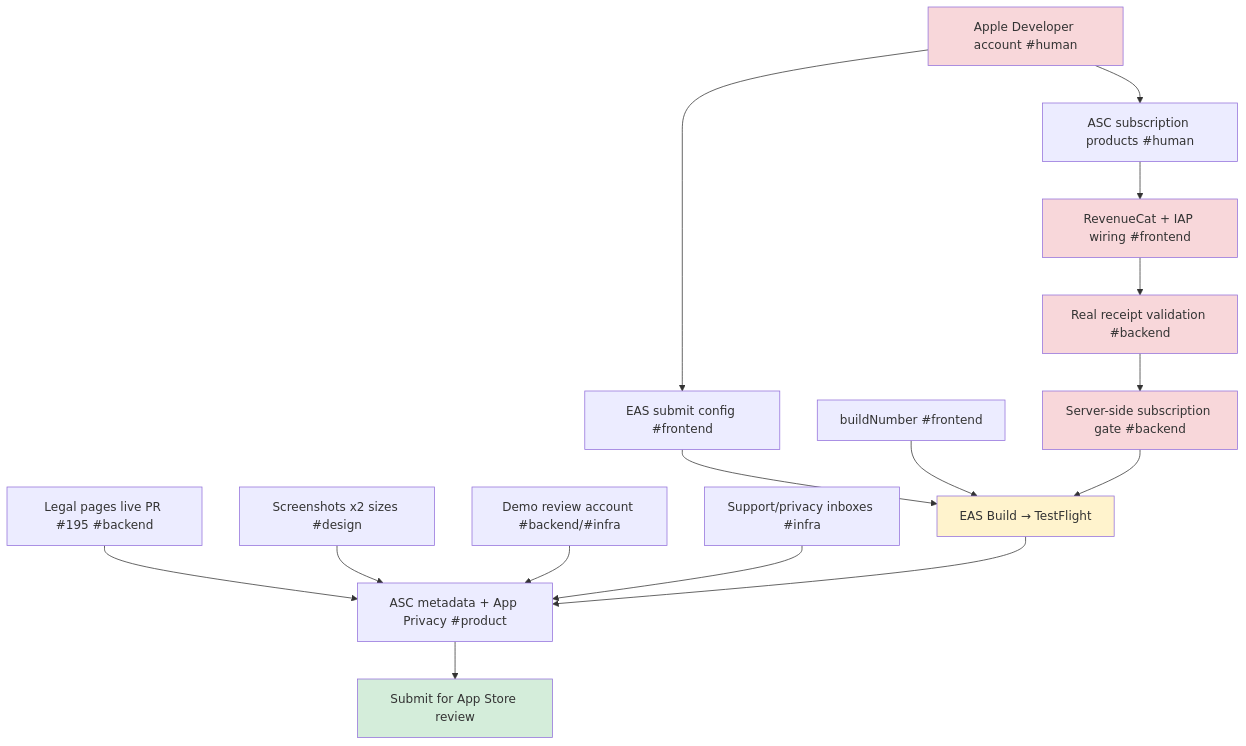
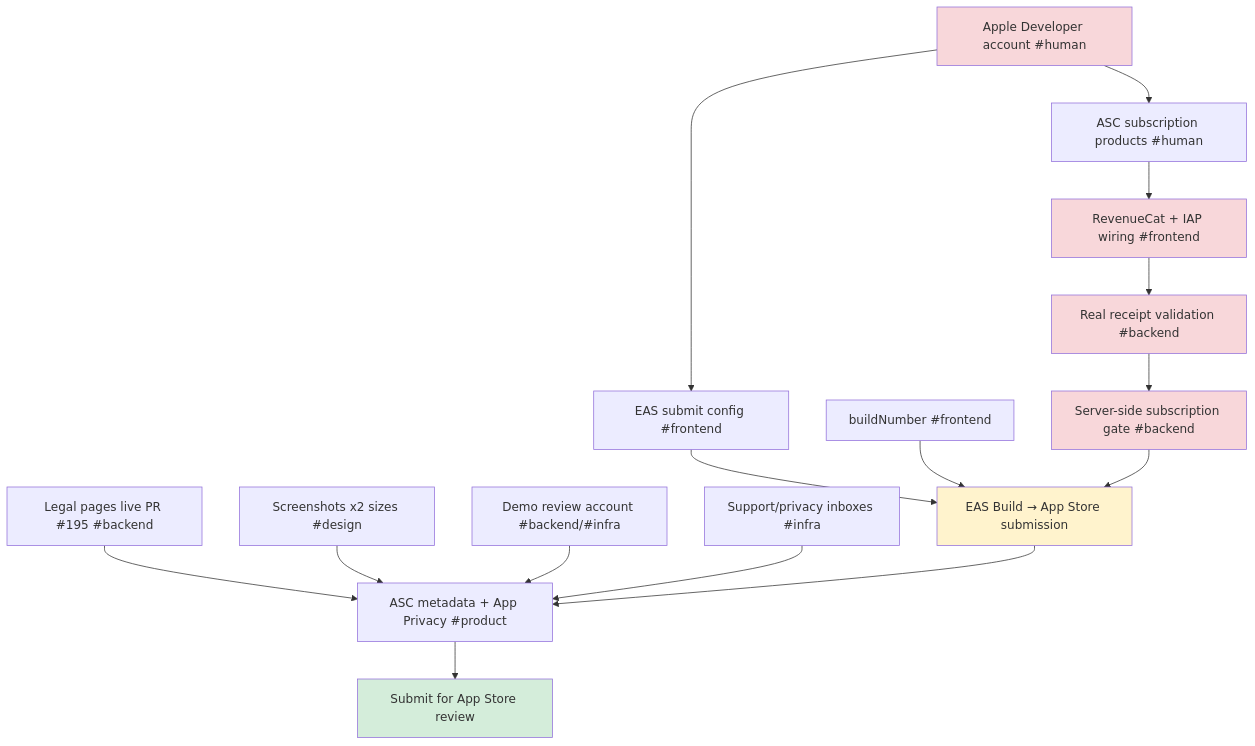
Before and after one commit to dgmolla/fitsy: the diagram in docs/product/pre-launch-action-items.md, drawn with Mermaid. The commit also changed other lines of this file and 19 other files, not shown here.

First line of the commit message:
docs: drop TestFlight beta from launch plan — go direct to App Store

````diff
--- a/docs/product/pre-launch-action-items.md
+++ b/docs/product/pre-launch-action-items.md
@@ -19,23 +19,23 @@
 ```mermaid
 graph TD
     A[Apple Developer account #human] --> B[EAS submit config #frontend]
     A --> C[ASC subscription products #human]
     C --> D[RevenueCat + IAP wiring #frontend]
     D --> E[Real receipt validation #backend]
     E --> F[Server-side subscription gate #backend]
-    B --> G[EAS Build → TestFlight]
+    B --> G[EAS Build → App Store submission]
     L[buildNumber #frontend] --> G
     M[Legal pages live PR #195 #backend] --> H[ASC metadata + App Privacy #product]
     N[Screenshots x2 sizes #design] --> H
     O[Demo review account #backend/#infra] --> H
     P[Support/privacy inboxes #infra] --> H
     F --> G
     G --> H
     H --> I[Submit for App Store review]
     style A fill:#f8d7da
     style D fill:#f8d7da
     style E fill:#f8d7da
     style F fill:#f8d7da
     style G fill:#fff3cd
     style I fill:#d4edda
 ```
````
